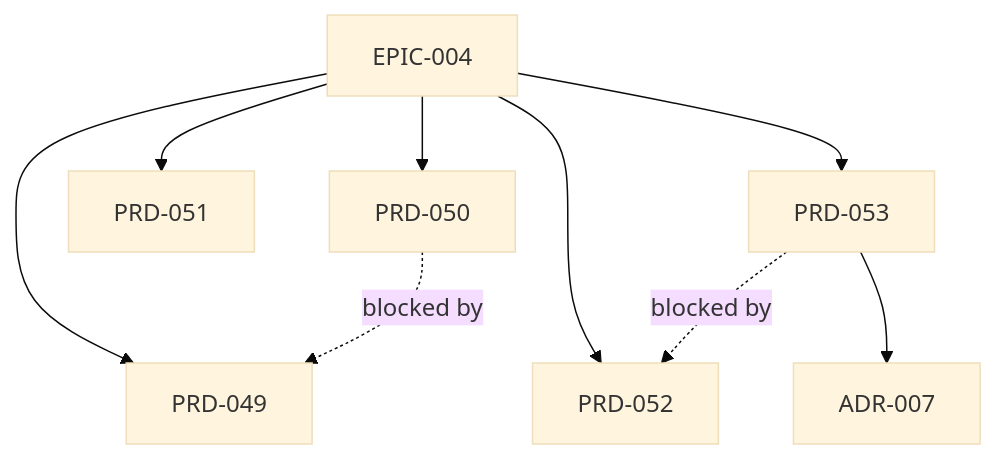
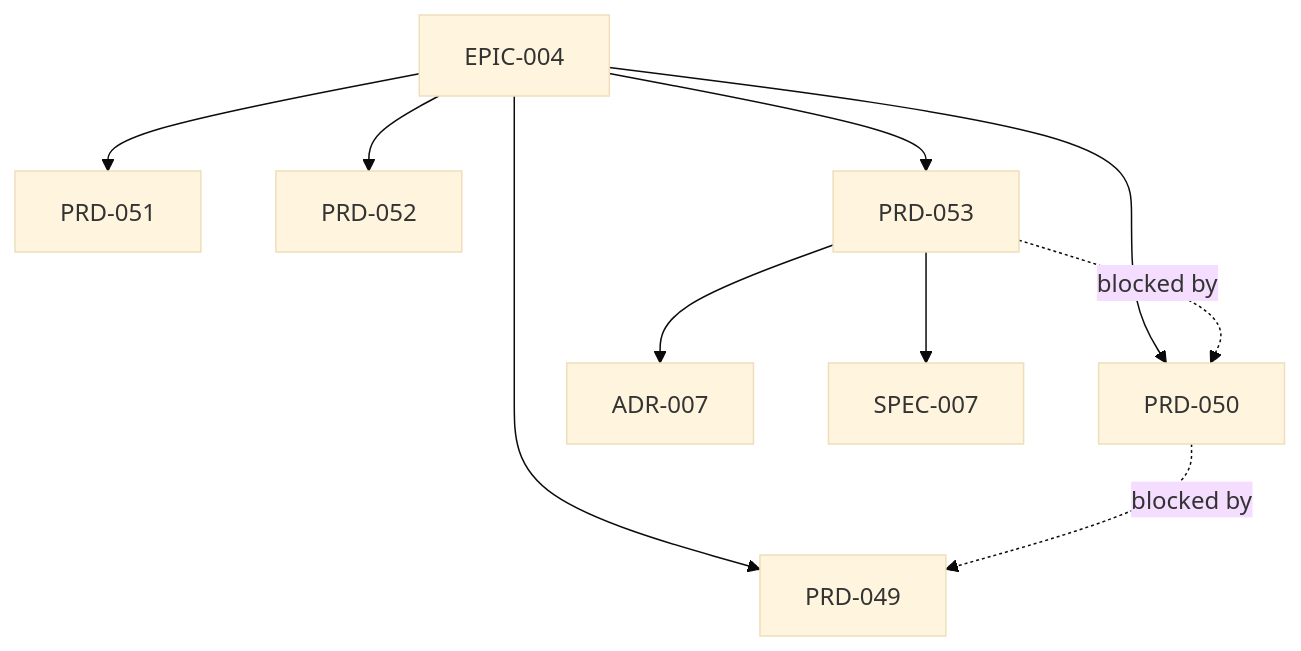
Before and after one commit to ForgePlan/forgeplan: the diagram in .forgeplan/epics/EPIC-004-cli-discoverability-and-enterprise-readiness.md, drawn with Mermaid (base theme). The commit also changed other lines of this file and 7 other files, not shown here.

````diff
--- a/.forgeplan/epics/EPIC-004-cli-discoverability-and-enterprise-readiness.md
+++ b/.forgeplan/epics/EPIC-004-cli-discoverability-and-enterprise-readiness.md
@@ -103,11 +104,12 @@
 ```mermaid
 graph TD
     EPIC[EPIC-004] --> PRD049[PRD-049]
     EPIC --> PRD050[PRD-050]
     EPIC --> PRD051[PRD-051]
     EPIC --> PRD052[PRD-052]
     EPIC --> PRD053[PRD-053]
     PRD053 --> ADR007[ADR-007]
+    PRD053 --> SPEC007[SPEC-007]
     PRD050 -.->|blocked by| PRD049
-    PRD053 -.->|blocked by| PRD052
+    PRD053 -.->|blocked by| PRD050
 ```
````
